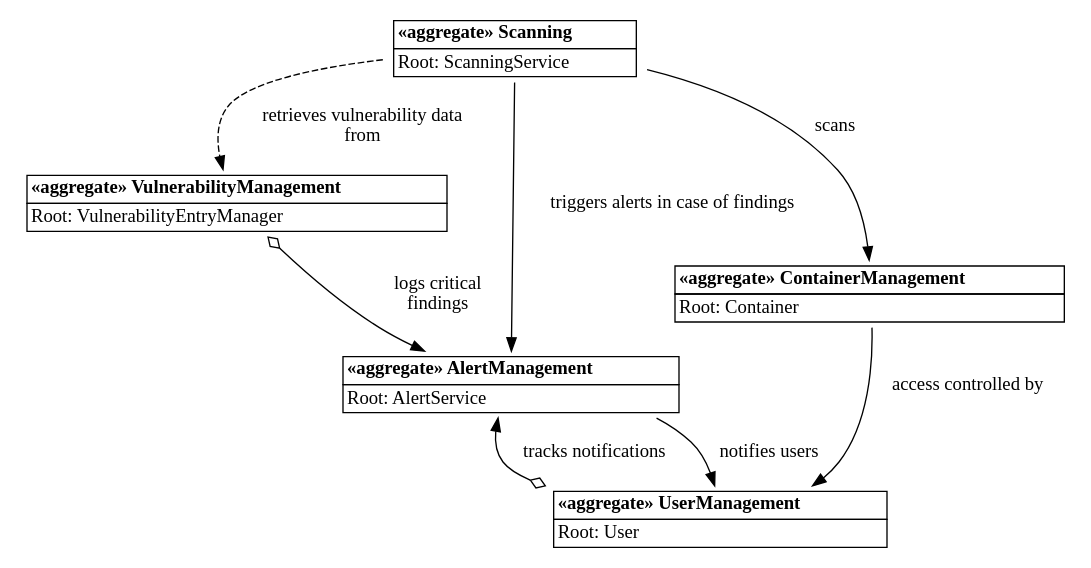
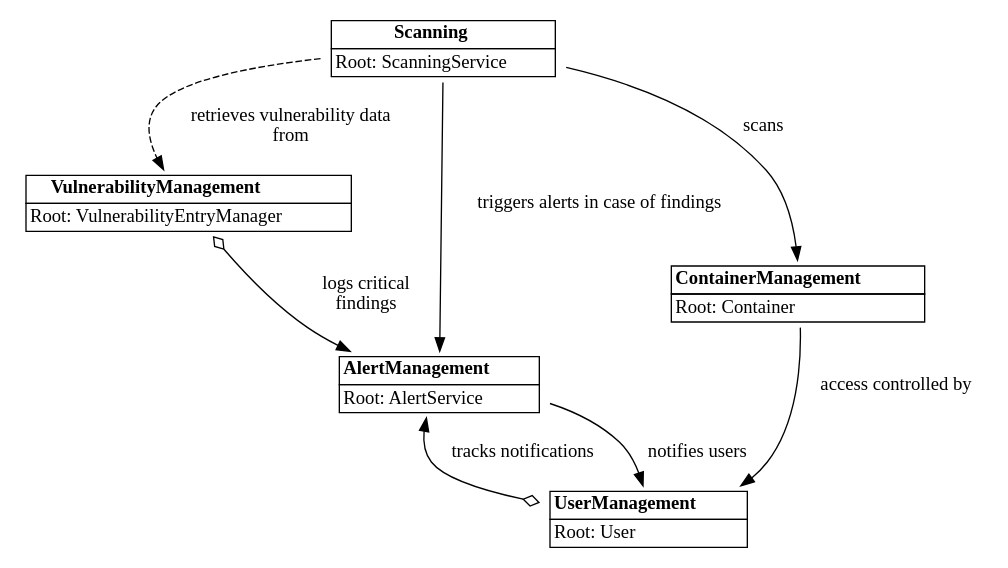
The diagram in Domain Decomposition/aggregates/system_aggs.gv (xpjllk38324/Container-Security-Scanning-Service), drawn with Graphviz before and after one commit. The commit also changed 2 other files, not shown here.

```diff
--- a/Domain Decomposition/aggregates/system_aggs.gv
+++ b/Domain Decomposition/aggregates/system_aggs.gv
@@ -1,51 +1,51 @@
 digraph System_Aggregates {
   node [shape=plaintext];
 
   // Aggregates
   VulnerabilityManagement [label=<
     <table border="0" cellborder="1" cellspacing="0">
-      <tr><td><b>«aggregate» VulnerabilityManagement</b></td></tr>
+      <tr><td><b>VulnerabilityManagement</b></td></tr>
       <tr><td align="left">Root: VulnerabilityEntryManager</td></tr>
     </table>>];
 
   Scanning [label=<
     <table border="0" cellborder="1" cellspacing="0">
-      <tr><td><b>«aggregate» Scanning</b></td></tr>
+      <tr><td><b>Scanning</b></td></tr>
       <tr><td align="left">Root: ScanningService</td></tr>
     </table>>];
 
   ContainerManagement [label=<
     <table border="0" cellborder="1" cellspacing="0">
-      <tr><td><b>«aggregate» ContainerManagement</b></td></tr>
+      <tr><td><b>ContainerManagement</b></td></tr>
       <tr><td align="left">Root: Container</td></tr>
     </table>>];
 
   AlertManagement [label=<
     <table border="0" cellborder="1" cellspacing="0">
-      <tr><td><b>«aggregate» AlertManagement</b></td></tr>
+      <tr><td><b>AlertManagement</b></td></tr>
       <tr><td align="left">Root: AlertService</td></tr>
     </table>>];
 
   UserManagement [label=<
     <table border="0" cellborder="1" cellspacing="0">
-      <tr><td><b>«aggregate» UserManagement</b></td></tr>
+      <tr><td><b>UserManagement</b></td></tr>
       <tr><td align="left">Root: User</td></tr>
     </table>>];
 
   // Relationships
   Scanning -> VulnerabilityManagement [label="retrieves vulnerability data 
 from" arrowhead=normal style=dashed];
   Scanning -> ContainerManagement [label="scans" arrowhead=normal];
   Scanning -> AlertManagement [label="triggers alerts in case of findings" 
 arrowhead=normal];
   AlertManagement -> UserManagement [label="notifies users" 
 arrowhead=normal];
   ContainerManagement -> UserManagement [label="access controlled by" 
 arrowhead=normal];
 
   // Ownership relationships
   VulnerabilityManagement -> AlertManagement [label="logs critical 
 findings" arrowtail=odiamond arrowhead=normal dir=both];
   UserManagement -> AlertManagement [label="tracks notifications" 
 arrowtail=odiamond arrowhead=normal dir=both];
 }
```
